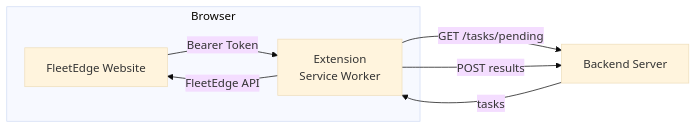
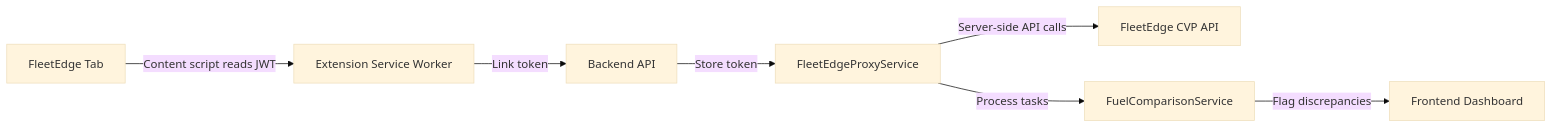
The second of 2 diagrams in README.md (GNB-motors/plugin), drawn with Mermaid (base theme) before and after one commit. The commit also changed other lines of this file and 1 other file, not shown here.

````diff
--- a/README.md
+++ b/README.md
@@ -18,15 +47,9 @@
 ```mermaid
-flowchart LR
-  subgraph Browser
-    A[FleetEdge Website]
-    B[Extension\nService Worker]
-  end
-
-  C[Backend Server]
-
-  A -->|Bearer Token| B
-  B -->|GET /tasks/pending| C
-  C -->|tasks| B
-  B -->|FleetEdge API| A
-  B -->|POST results| C
+graph LR
+    A[FleetEdge Tab] -->|Content script reads JWT| B[Extension Service Worker]
+    B -->|Link token| C[Backend API]
+    C -->|Store token| D[FleetEdgeProxyService]
+    D -->|Server-side API calls| E[FleetEdge CVP API]
+    D -->|Process tasks| F[FuelComparisonService]
+    F -->|Flag discrepancies| G[Frontend Dashboard]
 ```
````
